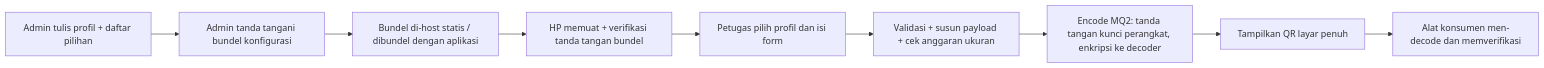
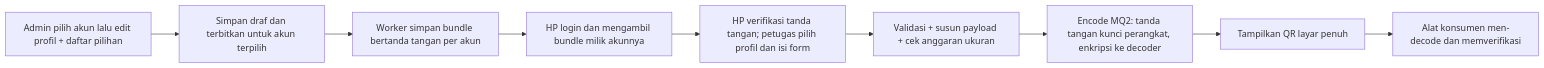
One commit to progstay17/AITQR changed the diagram in PRD.md. Above: the diagram before and after it, drawn with Mermaid. The commit also changed other lines of this file and 8 other files, not shown here.

Commit message:
Scope admin form configuration per account

````diff
--- a/PRD.md
+++ b/PRD.md
@@ -42,11 +42,11 @@
 ```mermaid
 flowchart LR
-  A[Admin tulis profil + daftar pilihan] --> B[Admin tanda tangani bundel konfigurasi]
-  B --> C[Bundel di-host statis / dibundel dengan aplikasi]
-  C --> D[HP memuat + verifikasi tanda tangan bundel]
-  D --> E[Petugas pilih profil dan isi form]
+  A[Admin pilih akun lalu edit profil + daftar pilihan] --> B[Simpan draf dan terbitkan untuk akun terpilih]
+  B --> C[Worker simpan bundle bertanda tangan per akun]
+  C --> D[HP login dan mengambil bundle milik akunnya]
+  D --> E[HP verifikasi tanda tangan; petugas pilih profil dan isi form]
   E --> F[Validasi + susun payload + cek anggaran ukuran]
   F --> G[Encode MQ2: tanda tangan kunci perangkat, enkripsi ke decoder]
   G --> H[Tampilkan QR layar penuh]
   H --> I[Alat konsumen men-decode dan memverifikasi]
 ```
````
